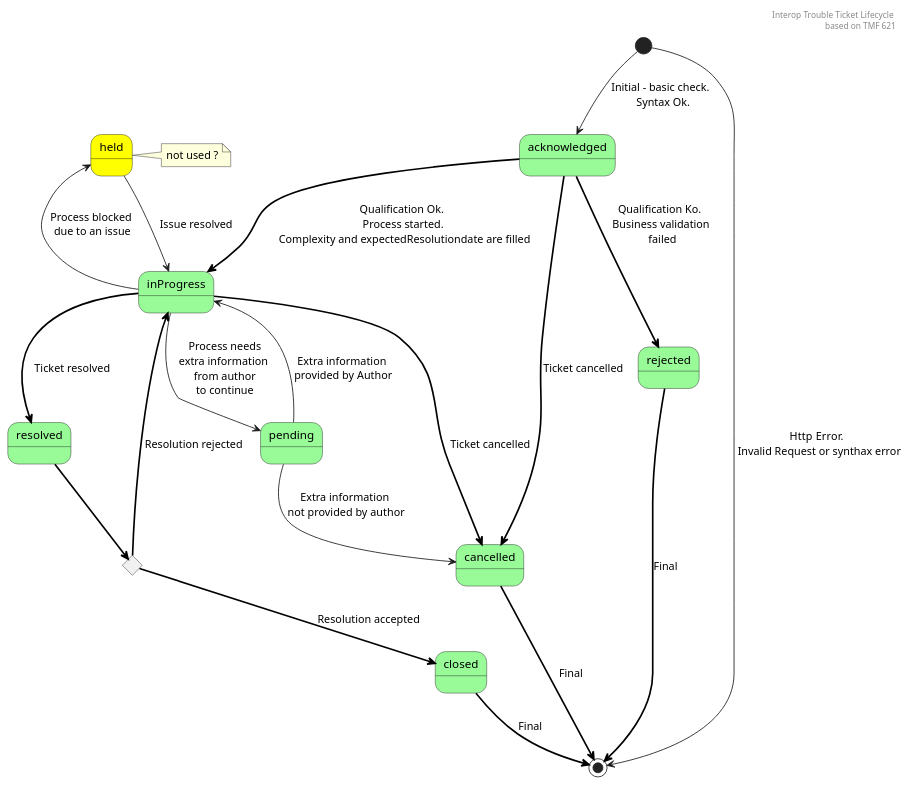
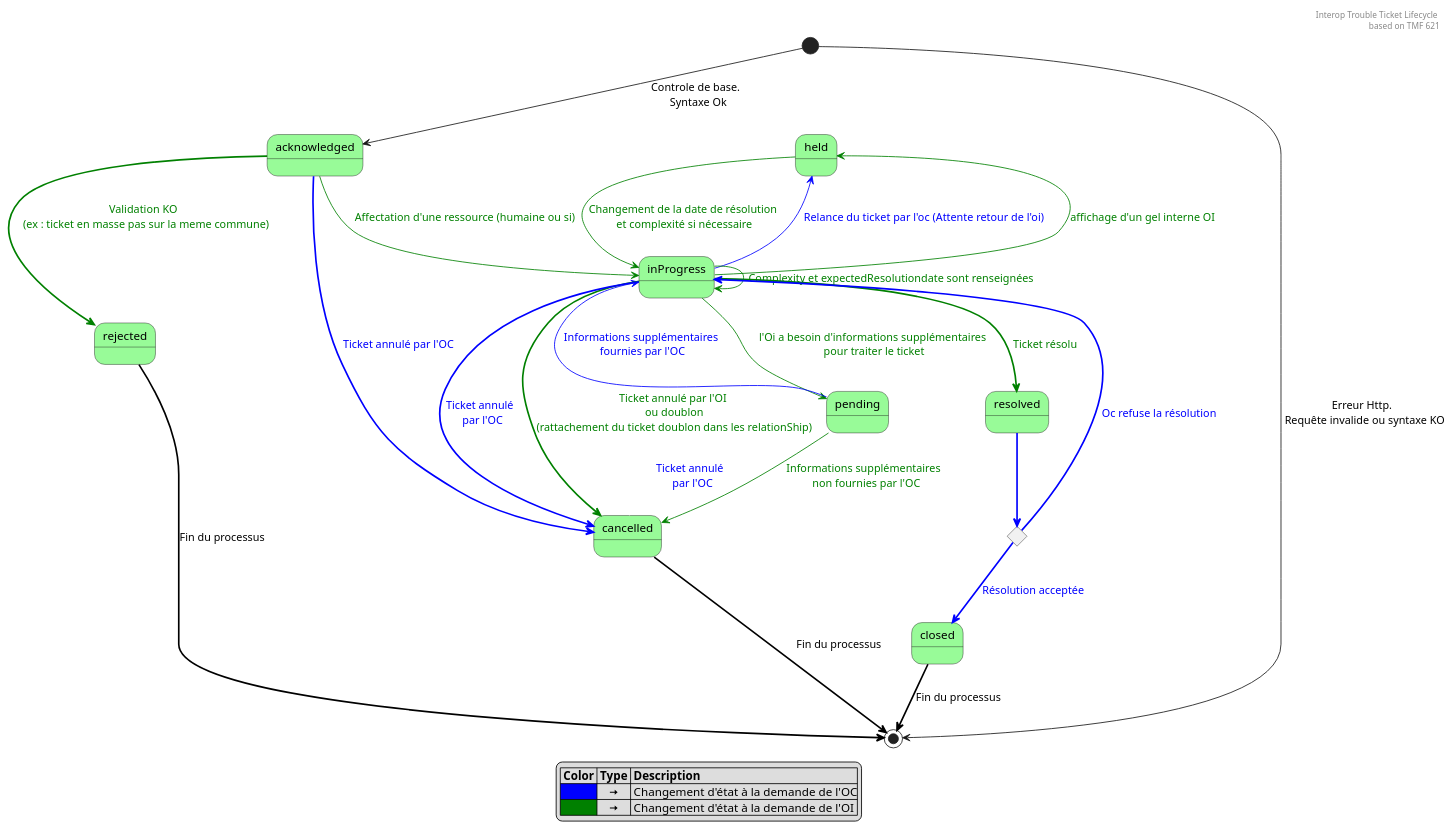
The diagram in Ticketing/lifecycle.puml (before-interop/ticketing), drawn with PlantUML before and after one commit. The commit also changed 1 other file, not shown here.

Commit message:
feature(core): Ajout du statut pouvant être patché par le propriétaire du ticket si celui-ci en a le droit dans le processus et reprise du cycle de vie pour prise en compte des retours

```diff
--- a/Ticketing/lifecycle.puml
+++ b/Ticketing/lifecycle.puml
@@ -1,39 +1,48 @@
 @startuml
 header Interop Trouble Ticket Lifecycle \nbased on TMF 621
 
 
 state acknowledged #palegreen
 state inProgress #palegreen
 state closed #palegreen
 state rejected #palegreen
 state cancelled #palegreen
 state resolved #palegreen
 state choice <<choice>>
-state held #yellow
-note right: not used ?
+state held #palegreen
 state pending #palegreen
 
-[*] --> acknowledged: Initial - basic check. \n Syntax Ok.
-[*] --> [*]: Http Error. \n Invalid Request or synthax error
+[*] --> acknowledged: Controle de base. \n Syntaxe Ok
+[*] --> [*]: Erreur Http. \n Requête invalide ou syntaxe KO
 
-acknowledged -[bold,#black]-> inProgress: Qualification Ok. \n Process started. \n Complexity and expectedResolutiondate are filled
-acknowledged -[bold,#black]-> rejected: Qualification Ko. \n Business validation \n failed
-acknowledged -[bold,#black]-> cancelled: Ticket cancelled
+acknowledged -[#green]-> inProgress: <color:#green>Affectation d'une ressource (humaine ou si)
+acknowledged -[bold,#green]-> rejected: <color:#green>Validation KO \n <color:#green>(ex : ticket en masse pas sur la meme commune)
+acknowledged -[bold,#blue]-> cancelled: <color:#blue>Ticket annulé par l'OC
 
-inProgress --> pending: Process needs\nextra information \n from author \nto continue
-pending -down-> cancelled: Extra information \nnot provided by author
-pending --> inProgress: Extra information \nprovided by Author
-inProgress -[bold,#black]-> cancelled: Ticket cancelled
-inProgress -[bold,#black]-> resolved: Ticket resolved
-inProgress -up-> held: Process blocked \ndue to an issue
-held --> inProgress: Issue resolved
+inProgress -[#green]-> pending: <color:#green>l'Oi a besoin d'informations supplémentaires\n<color:#green> pour traiter le ticket
+pending -right[#green]-> cancelled: <color:#green>Informations supplémentaires \n <color:#green>non fournies par l'OC
+pending -[#bue]-> cancelled: <color:#blue>Ticket annulé \n<color:#blue> par l'OC
+pending -[#blue]-> inProgress: <color:#blue>Informations supplémentaires \n<color:#blue>fournies par l'OC
+inProgress -[bold,#green]-> cancelled: <color:#green>Ticket annulé par l'OI \n<color:#green> ou doublon \n<color:#green>(rattachement du ticket doublon dans les relationShip)
+inProgress -[bold,#blue]-> cancelled: <color:#blue>Ticket annulé \n<color:#blue> par l'OC
+inProgress -[bold,#green]-> resolved: <color:#green>Ticket résolu
+inProgress -up[#green]-> held: <color:#green>affichage d'un gel interne OI
+inProgress -[#blue]-> held: <color:#blue>Relance du ticket par l'oc (Attente retour de l'oi)
+inProgress -[#green]-> inProgress : <color:#green>Complexity et expectedResolutiondate sont renseignées
+held -[#green]-> inProgress: <color:#green>Changement de la date de résolution\n<color:#green> et complexité si nécessaire
 
-resolved -[bold,#black]-> choice
-choice -[bold,#black]-> inProgress: Resolution rejected
-choice -[bold,#black]-> closed: Resolution accepted
+resolved -[bold,#blue]-> choice
+choice -[bold,#blue]-> inProgress: <color:#blue>Oc refuse la résolution
+choice -[bold,#blue]-> closed: <color:#blue>Résolution acceptée
 
-closed -[bold,#black]-> [*]: Final
-cancelled -[bold,#black]-> [*]: Final
-rejected -[bold,#black]-> [*]: Final
+closed -[bold,#black]-> [*]: Fin du processus
+cancelled -[bold,#black]-> [*]: Fin du processus
+rejected -[bold,#black]-> [*]: Fin du processus
+
+legend
+    |= Color |= Type |= Description |
+    |<#blue>|    <&arrow-right> | Changement d'état à la demande de l'OC|
+    |<#green>|    <&arrow-right> | Changement d'état à la demande de l'OI |
+endlegend
 
 @enduml
```
